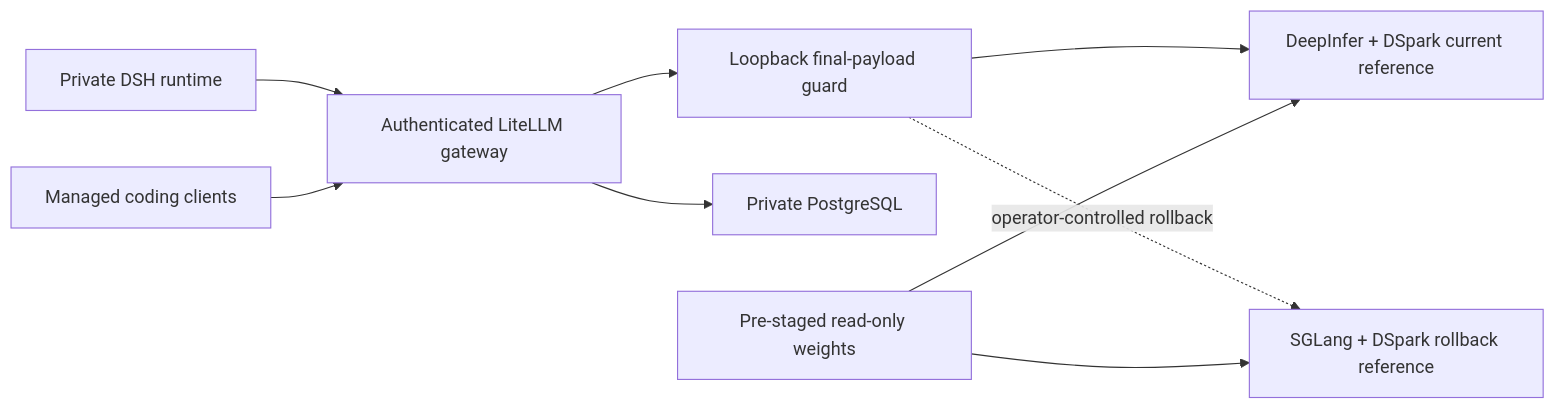
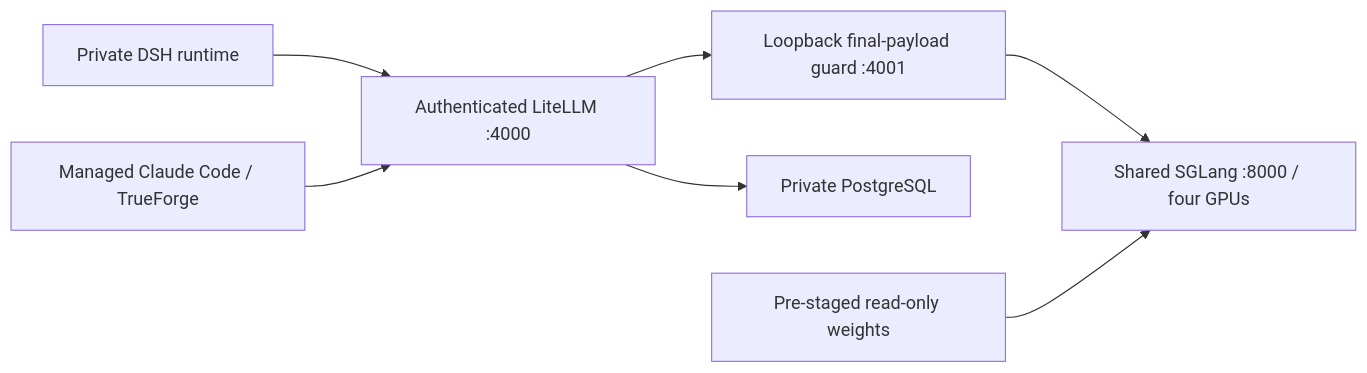
The diagram in gpu-stack/README.md (skunpoj/dsh_setup), drawn with Mermaid before and after one commit. The commit also changed other lines of this file and 121 other files, not shown here.

````diff
--- a/gpu-stack/README.md
+++ b/gpu-stack/README.md
@@ -45,11 +133,9 @@
 ```mermaid
 flowchart LR
-  D[Private DSH runtime] --> L[Authenticated LiteLLM gateway]
-  C[Managed coding clients] --> L
-  L --> F[Loopback final-payload guard]
-  F --> DI[DeepInfer + DSpark current reference]
-  F -. operator-controlled rollback .-> SG[SGLang + DSpark rollback reference]
+  D[Private DSH runtime] --> L[Authenticated LiteLLM :4000]
+  C[Managed Claude Code / TrueForge] --> L
+  L --> F[Loopback final-payload guard :4001]
+  F --> S[Shared SGLang :8000 / four GPUs]
   L --> P[Private PostgreSQL]
-  W[Pre-staged read-only weights] --> DI
-  W --> SG
+  W[Pre-staged read-only weights] --> S
 ```
````
